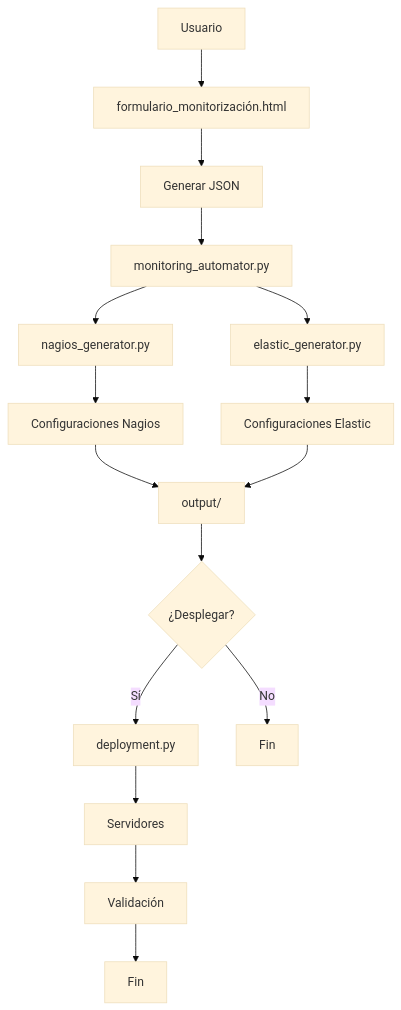
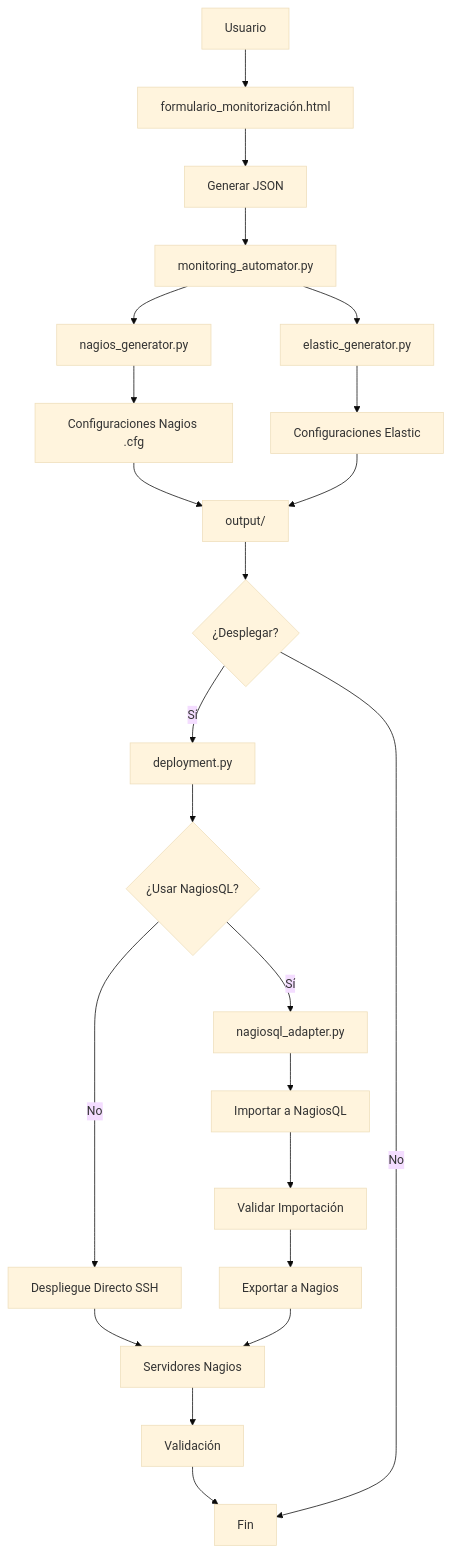
The diagram in README.md (jmelian/monitoring-automation), drawn with Mermaid (base theme) before and after one commit. The commit also changed other lines of this file and 4 other files, not shown here.

````diff
--- a/README.md
+++ b/README.md
@@ -83,18 +98,25 @@
 ```mermaid
 flowchart TD
     A[Usuario] --> B[formulario_monitorización.html]
     B --> C[Generar JSON]
     C --> D[monitoring_automator.py]
     D --> E[nagios_generator.py]
     D --> F[elastic_generator.py]
-    E --> G[Configuraciones Nagios]
+    E --> G[Configuraciones Nagios .cfg]
     F --> H[Configuraciones Elastic]
     G --> I[output/]
     H --> I
     I --> J{¿Desplegar?}
     J -->|Sí| K[deployment.py]
-    K --> L[Servidores]
-    J -->|No| M[Fin]
-    L --> N[Validación]
-    N --> O[Fin]
+    K --> L{¿Usar NagiosQL?}
+    L -->|Sí| M[nagiosql_adapter.py]
+    M --> N[Importar a NagiosQL]
+    N --> O[Validar Importación]
+    O --> P[Exportar a Nagios]
+    L -->|No| Q[Despliegue Directo SSH]
+    Q --> R[Servidores Nagios]
+    P --> R
+    R --> S[Validación]
+    S --> T[Fin]
+    J -->|No| T
 ```
````
